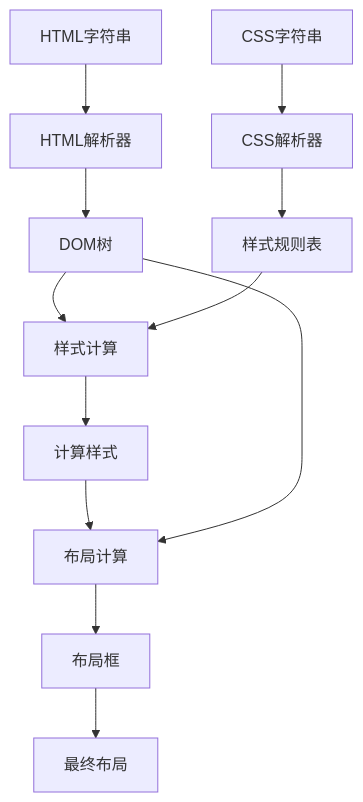
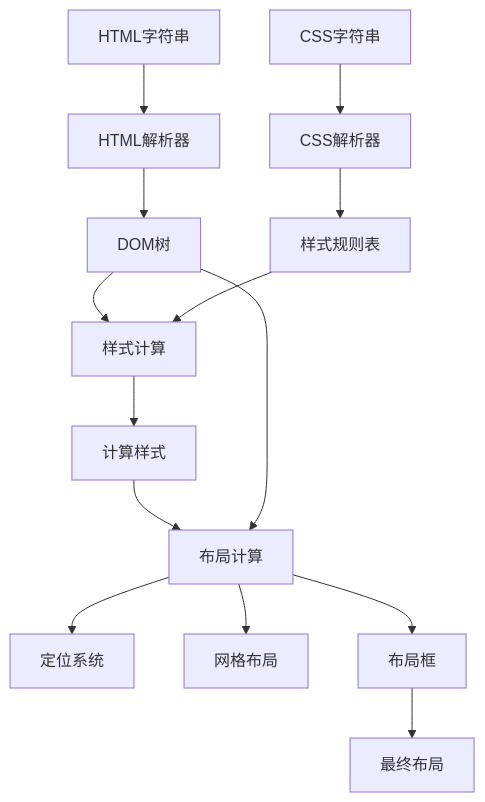
Before and after one commit to itszzl-sudo/iris: the third of 18 diagrams in .qoder/repowiki/zh/content/技术架构详解/布局样式系统/iris-layout布局引擎.md, drawn with Mermaid. The commit also changed other lines of this file and 6 other files, not shown here.

````diff
--- a/.qoder/repowiki/zh/content/技术架构详解/布局样式系统/iris-layout布局引擎.md
+++ b/.qoder/repowiki/zh/content/技术架构详解/布局样式系统/iris-layout布局引擎.md
@@ -162,14 +186,16 @@
 ```mermaid
 flowchart TD
 A[HTML字符串] --> B[HTML解析器]
 B --> C[DOM树]
 D[CSS字符串] --> E[CSS解析器]
 E --> F[样式规则表]
 C --> G[样式计算]
 F --> G
 G --> H[计算样式]
 H --> I[布局计算]
+I --> J[定位系统]
+I --> K[网格布局]
 C --> I
-I --> J[布局框]
-J --> K[最终布局]
+I --> L[布局框]
+L --> M[最终布局]
 ```
````
